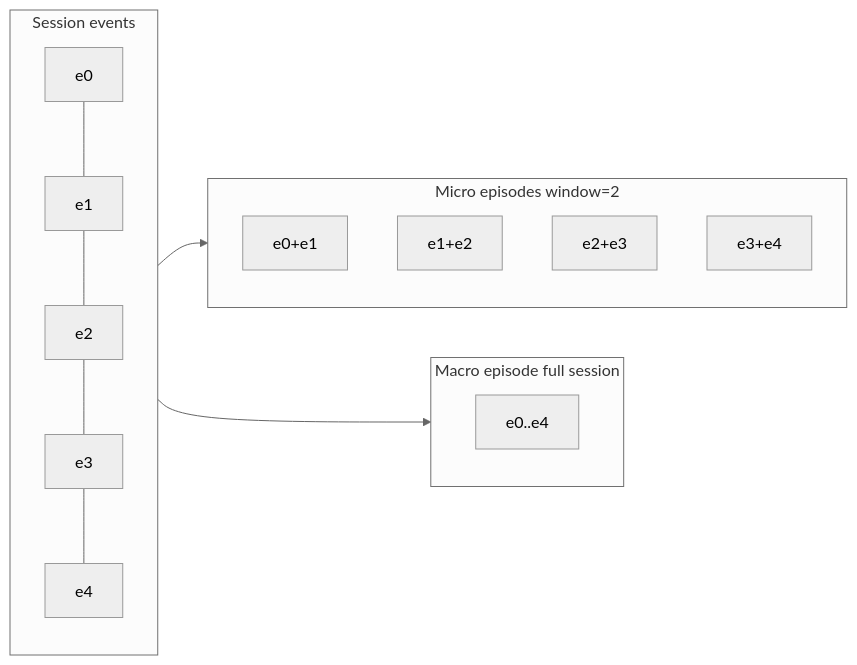
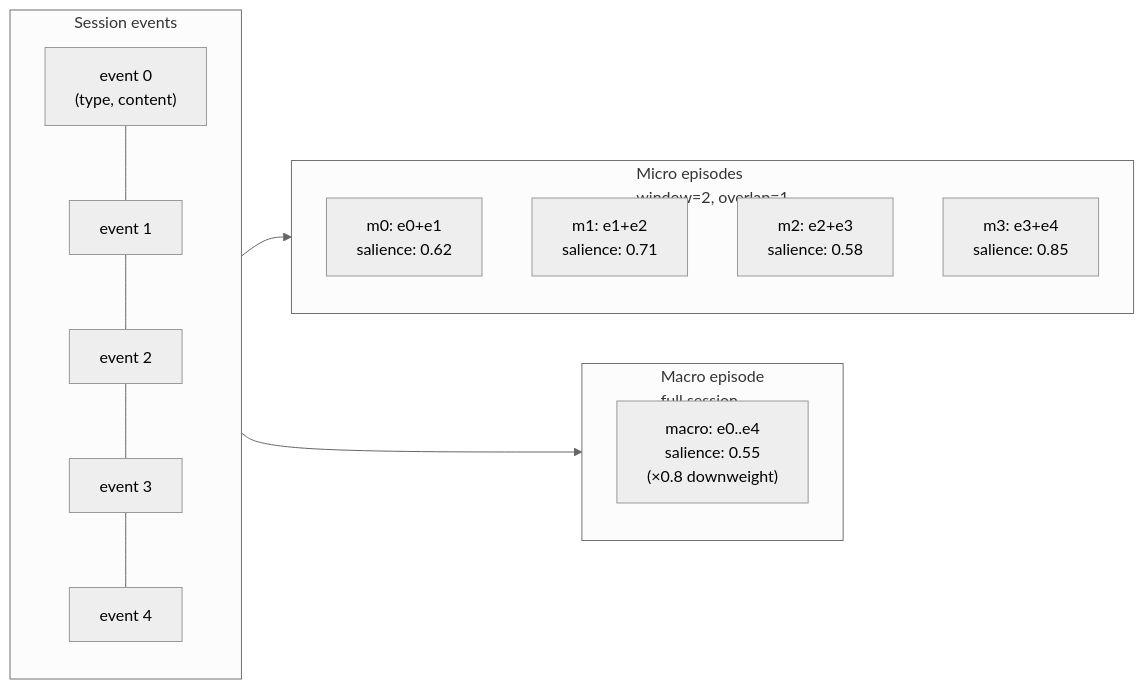
Before and after one commit to mrsalty/slowave: the sixth of 15 diagrams in docs/architecture.md, drawn with Mermaid (neutral theme). The commit also changed other lines of this file, not shown here.

Commit message:
integrate architecture documentation

````diff
--- a/docs/architecture.md
+++ b/docs/architecture.md
@@ -200,20 +256,20 @@
 ```mermaid
 flowchart LR
     subgraph Session[Session events]
-        e0 --- e1 --- e2 --- e3 --- e4
+        e0["event 0<br/>(type, content)"] --- e1["event 1"] --- e2["event 2"] --- e3["event 3"] --- e4["event 4"]
     end
 
-    subgraph Micro[Micro episodes window=2]
-        m0[e0+e1]
-        m1[e1+e2]
-        m2[e2+e3]
-        m3[e3+e4]
+    subgraph Micro[Micro episodes<br/>window=2, overlap=1]
+        m0["m0: e0+e1<br/>salience: 0.62"]
+        m1["m1: e1+e2<br/>salience: 0.71"]
+        m2["m2: e2+e3<br/>salience: 0.58"]
+        m3["m3: e3+e4<br/>salience: 0.85"]
     end
 
-    subgraph Macro[Macro episode full session]
-        mac[e0..e4]
+    subgraph Macro[Macro episode<br/>full session]
+        mac["macro: e0..e4<br/>salience: 0.55<br/>(×0.8 downweight)"]
     end
 
     Session --> Micro
     Session --> Macro
 ```
````
